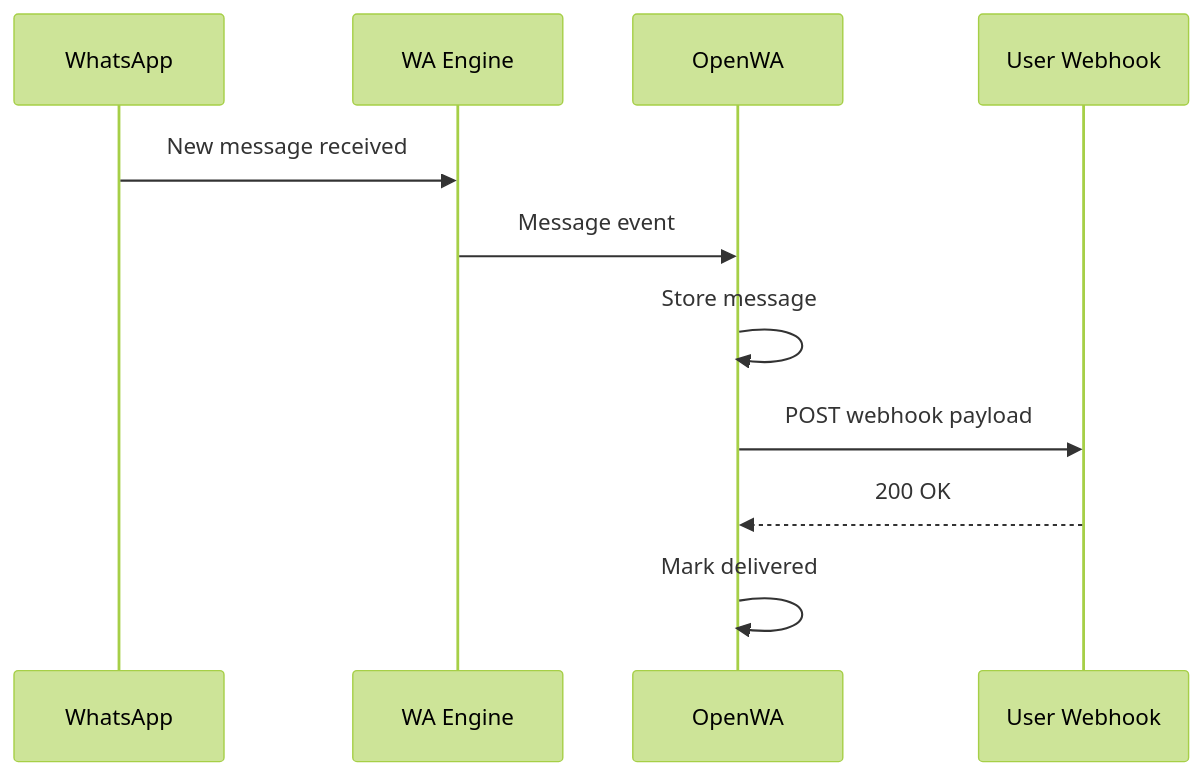
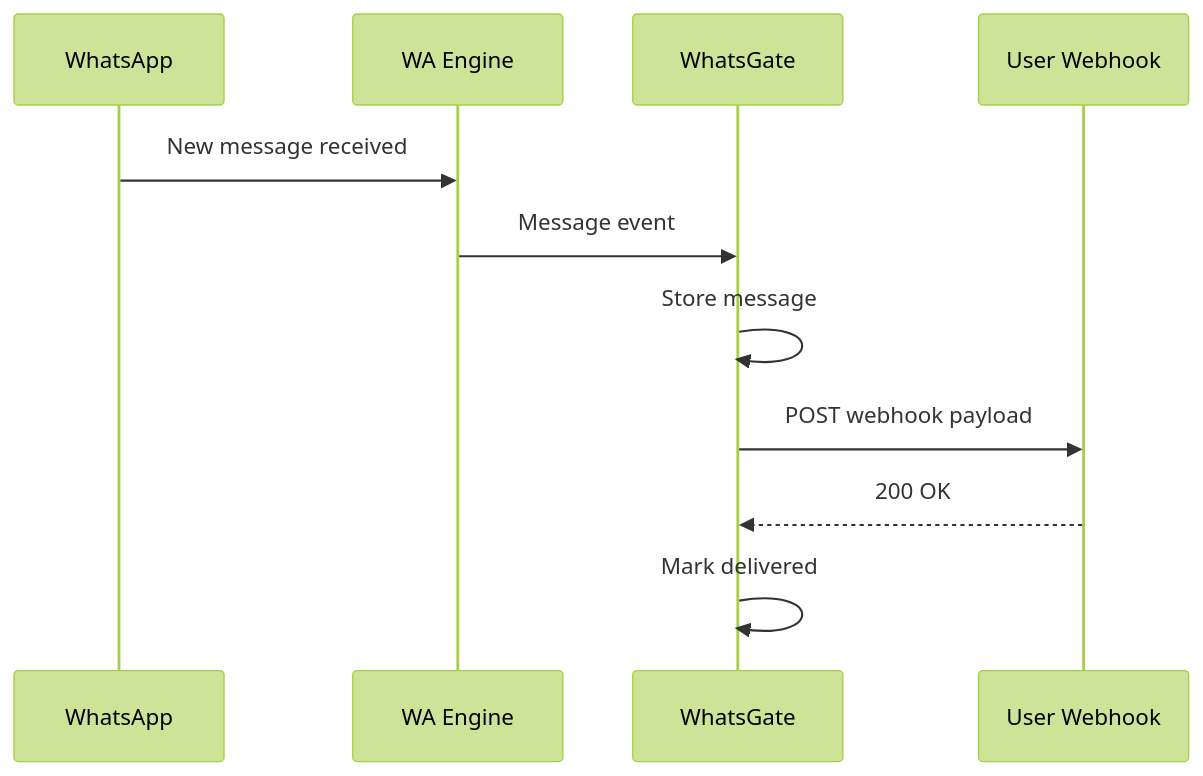
Before and after one commit to liminal-loop/whatsgate: diagram 12 of 13 in docs/02-requirements-specification.md, drawn with Mermaid (forest theme). The commit also changed other lines of this file and 46 other files, not shown here.

Commit message:
chore: rebrand OpenWA to WhatsGate across app and docs

````diff
--- a/docs/02-requirements-specification.md
+++ b/docs/02-requirements-specification.md
@@ -409,14 +409,14 @@
 ```mermaid
 sequenceDiagram
     participant WA as WhatsApp
     participant Engine as WA Engine
-    participant API as OpenWA
+    participant API as WhatsGate
     participant WH as User Webhook
     
     WA->>Engine: New message received
     Engine->>API: Message event
     API->>API: Store message
     API->>WH: POST webhook payload
     WH-->>API: 200 OK
     API->>API: Mark delivered
 ```
````
